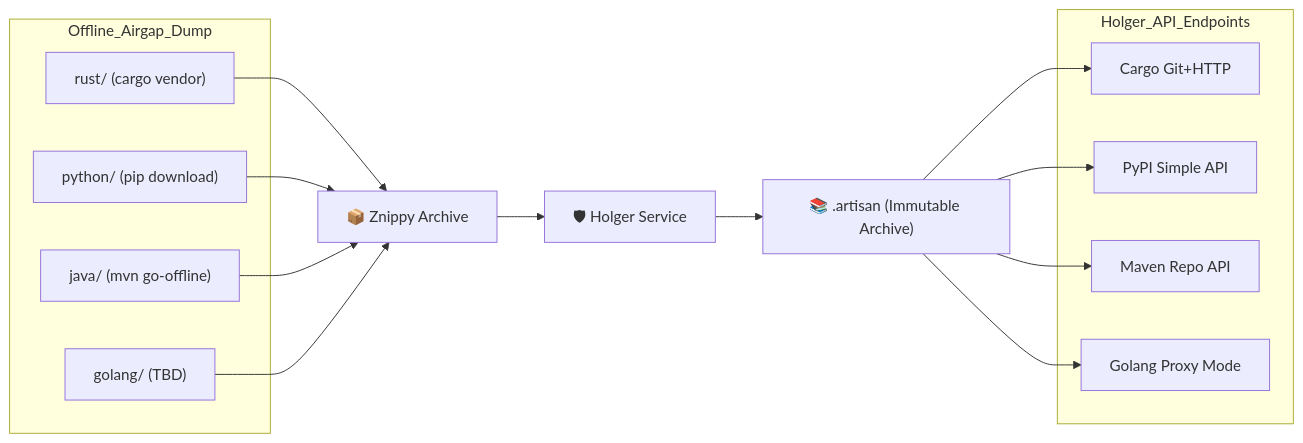
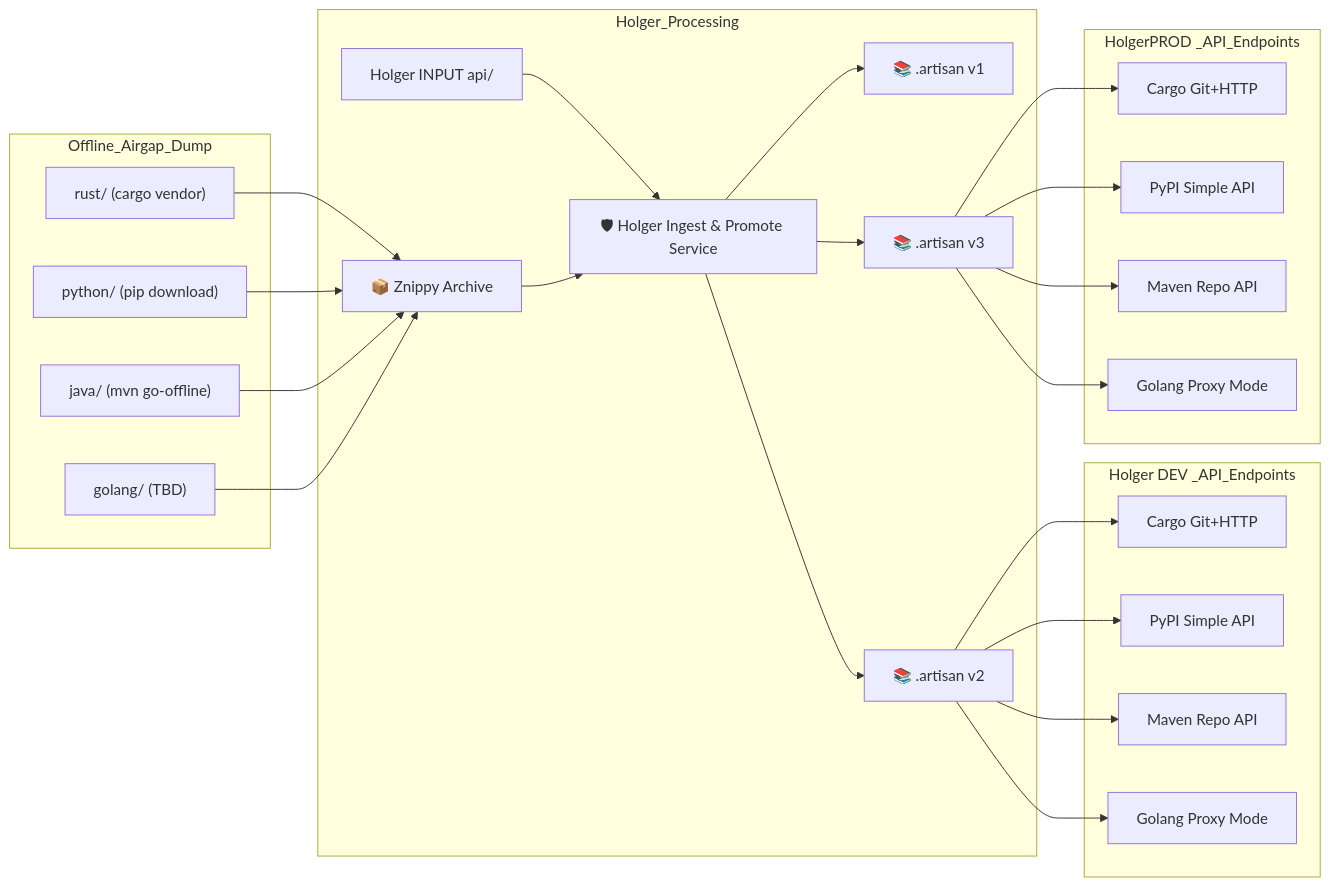
One commit to Ignalina/holger changed the diagram in README.md. Above: the diagram before and after it, drawn with Mermaid.

````diff
--- a/README.md
+++ b/README.md
@@ -25,35 +25,51 @@
 ```mermaid
 flowchart LR
 
 %% Step 1: Airgap dump
 subgraph Offline_Airgap_Dump
     RUST["rust/ (cargo vendor)"]
     PYTHON["python/ (pip download)"]
     JAVA["java/ (mvn go-offline)"]
     GO["golang/ (TBD)"]
 end
 
 RUST --> ZNIPPY["📦 Znippy Archive"]
 PYTHON --> ZNIPPY
 JAVA --> ZNIPPY
 GO --> ZNIPPY
 
 %% Step 2: Holger Ingestion
-ZNIPPY --> HOLGER["🛡 Holger Service"]
-
-%% Artisan Format Output
-HOLGER --> ARTISAN["📚 .artisan (Immutable Archive)"]
+subgraph Holger_Processing
+    INPUTAPI["Holger INPUT api/"] --> HOLGER["🛡 Holger Ingest & Promote Service"]
+    ZNIPPY --> HOLGER
+    HOLGER --> ARTISAN_V1["📚 .artisan v1"]
+    HOLGER --> ARTISAN_V2["📚 .artisan v2"]
+    HOLGER --> ARTISAN_V3["📚 .artisan v3"]
+end
 
 %% Step 3: Holger Serving via APIs
-subgraph Holger_API_Endpoints
-    CARGO["Cargo Git+HTTP"]
-    PIP["PyPI Simple API"]
-    MAVEN["Maven Repo API"]
-    GOPROXY["Golang Proxy Mode"]
+subgraph Holger DEV _API_Endpoints
+    CARGO_dev["Cargo Git+HTTP"]
+    PIP_dev["PyPI Simple API"]
+    MAVEN_dev["Maven Repo API"]
+    GOPROXY_dev["Golang Proxy Mode"]
 end
 
-ARTISAN --> CARGO
-ARTISAN --> PIP
-ARTISAN --> MAVEN
-ARTISAN --> GOPROXY
+subgraph HolgerPROD _API_Endpoints
+    CARGO_prod["Cargo Git+HTTP"]
+    PIP_prod["PyPI Simple API"]
+    MAVEN_prod["Maven Repo API"]
+    GOPROXY_prod["Golang Proxy Mode"]
+end
+
+ARTISAN_V2 --> CARGO_dev
+ARTISAN_V2 --> PIP_dev
+ARTISAN_V2 --> MAVEN_dev
+ARTISAN_V2 --> GOPROXY_dev
+
+ARTISAN_V3 --> CARGO_prod
+ARTISAN_V3 --> PIP_prod
+ARTISAN_V3 --> MAVEN_prod
+ARTISAN_V3 --> GOPROXY_prod
+
 ```
````
